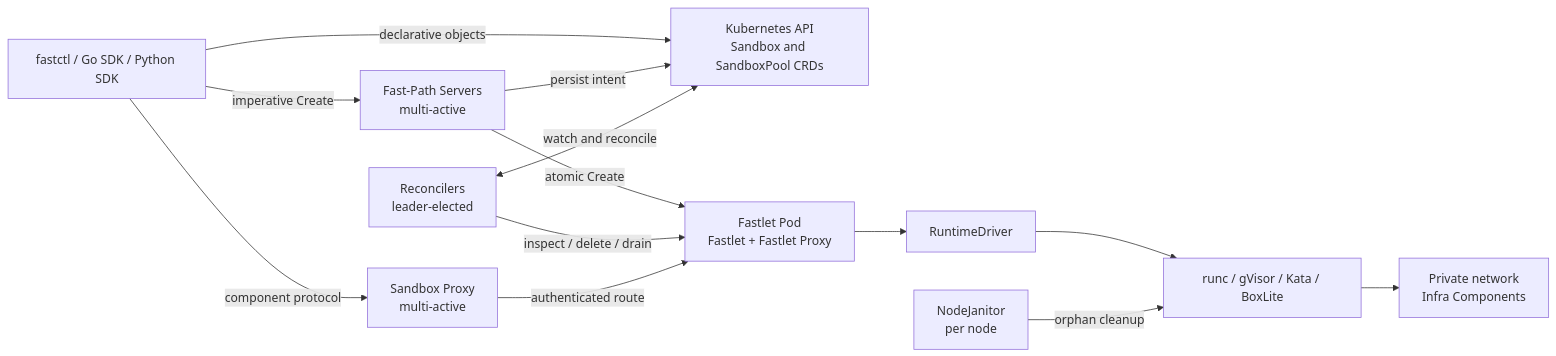
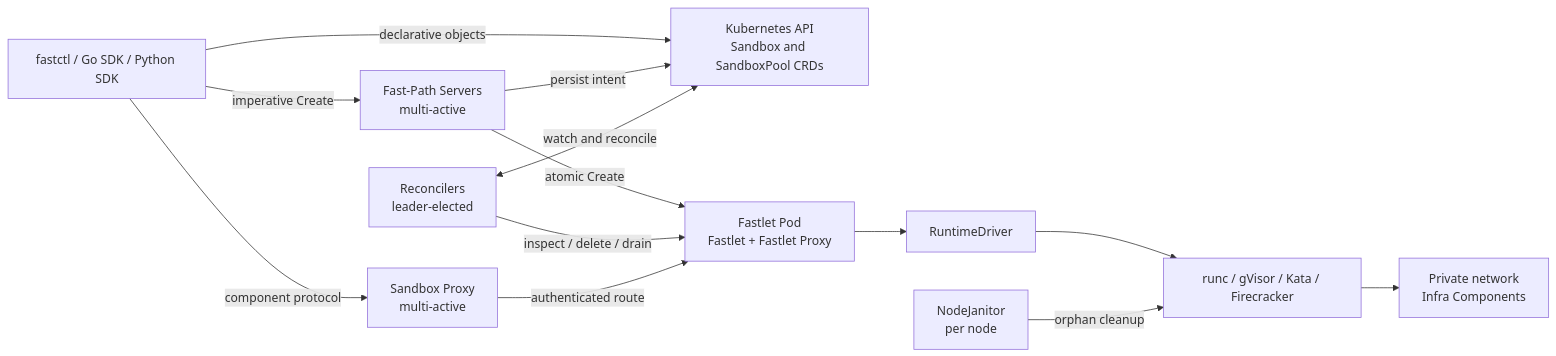
Before and after one commit to opensandbox-group/fast-sandbox: the first of 2 diagrams in docs/concepts/architecture.md, drawn with Mermaid. The commit also changed other lines of this file and 89 other files, not shown here.

Commit message:
refactor(runtime): remove BoxLite support

````diff
--- a/docs/concepts/architecture.md
+++ b/docs/concepts/architecture.md
@@ -23,24 +23,24 @@
 ```mermaid
 flowchart LR
   Client["fastctl / Go SDK / Python SDK"]
   API["Kubernetes API<br/>Sandbox and SandboxPool CRDs"]
   FP["Fast-Path Servers<br/>multi-active"]
   RC["Reconcilers<br/>leader-elected"]
   SP["Sandbox Proxy<br/>multi-active"]
   FPOD["Fastlet Pod<br/>Fastlet + Fastlet Proxy"]
   Driver["RuntimeDriver"]
-  Runtime["runc / gVisor / Kata / BoxLite"]
+  Runtime["runc / gVisor / Kata / Firecracker"]
   Infra["Private network<br/>Infra Components"]
   Janitor["NodeJanitor<br/>per node"]
 
   Client -->|"imperative Create"| FP
   Client -->|"declarative objects"| API
   FP -->|"persist intent"| API
   RC <-->|"watch and reconcile"| API
   FP -->|"atomic Create"| FPOD
   RC -->|"inspect / delete / drain"| FPOD
   Client -->|"component protocol"| SP
   SP -->|"authenticated route"| FPOD
   FPOD --> Driver --> Runtime --> Infra
   Janitor -->|"orphan cleanup"| Runtime
 ```
````
